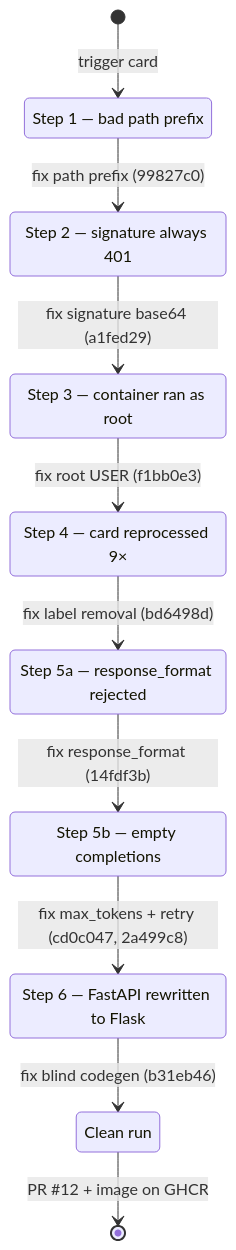
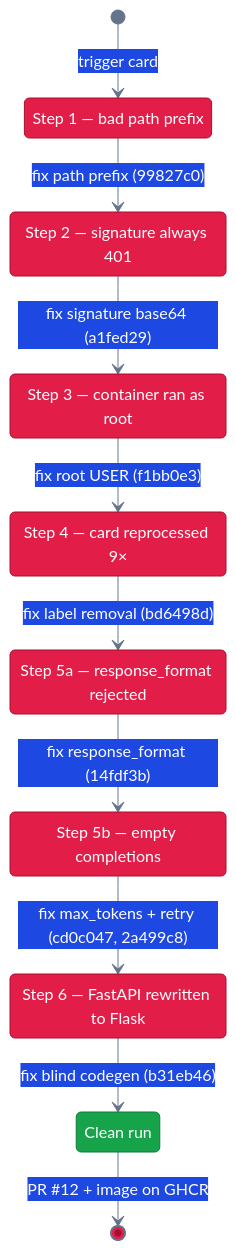
The third of 9 diagrams in docs/demo/burning-ship-storytelling.md (lorenzogirardi/agentic-sdlc), drawn with Mermaid before and after one commit. The commit also changed other lines of this file and 1 other file, not shown here.

First line of the commit message:
Color-code all diagrams: actors, platform, external systems, outcomes

````diff
--- a/docs/demo/burning-ship-storytelling.md
+++ b/docs/demo/burning-ship-storytelling.md
@@ -112,22 +133,28 @@
 ```mermaid
+%%{init: {'theme':'base', 'themeVariables': {'primaryColor':'#e11d48','primaryBorderColor':'#a8102f','primaryTextColor':'#ffffff','lineColor':'#64748b','tertiaryColor':'#fde68a'}}}%%
 stateDiagram-v2
     [*] --> WorkflowBroken: trigger card
 
     WorkflowBroken --> WebhookRejected: fix path prefix (99827c0)
     WebhookRejected --> DockerBlocked: fix signature base64 (a1fed29)
     DockerBlocked --> InfiniteLoop: fix root USER (f1bb0e3)
     InfiniteLoop --> LLMRejected400: fix label removal (bd6498d)
     LLMRejected400 --> LLMEmptyReply: fix response_format (14fdf3b)
     LLMEmptyReply --> WrongFramework: fix max_tokens + retry (cd0c047, 2a499c8)
     WrongFramework --> CleanRun: fix blind codegen (b31eb46)
     CleanRun --> [*]: PR #12 + image on GHCR
 
     WorkflowBroken: Step 1 — bad path prefix
     WebhookRejected: Step 2 — signature always 401
     DockerBlocked: Step 3 — container ran as root
     InfiniteLoop: Step 4 — card reprocessed 9×
     LLMRejected400: Step 5a — response_format rejected
     LLMEmptyReply: Step 5b — empty completions
     WrongFramework: Step 6 — FastAPI rewritten to Flask
     CleanRun: Clean run
+
+    classDef failState fill:#e11d48,color:#ffffff,stroke:#a8102f,stroke-width:1px
+    classDef okState fill:#16a34a,color:#ffffff,stroke:#0f7a37,stroke-width:1px
+    class WorkflowBroken,WebhookRejected,DockerBlocked,InfiniteLoop,LLMRejected400,LLMEmptyReply,WrongFramework failState
+    class CleanRun okState
 ```
````
